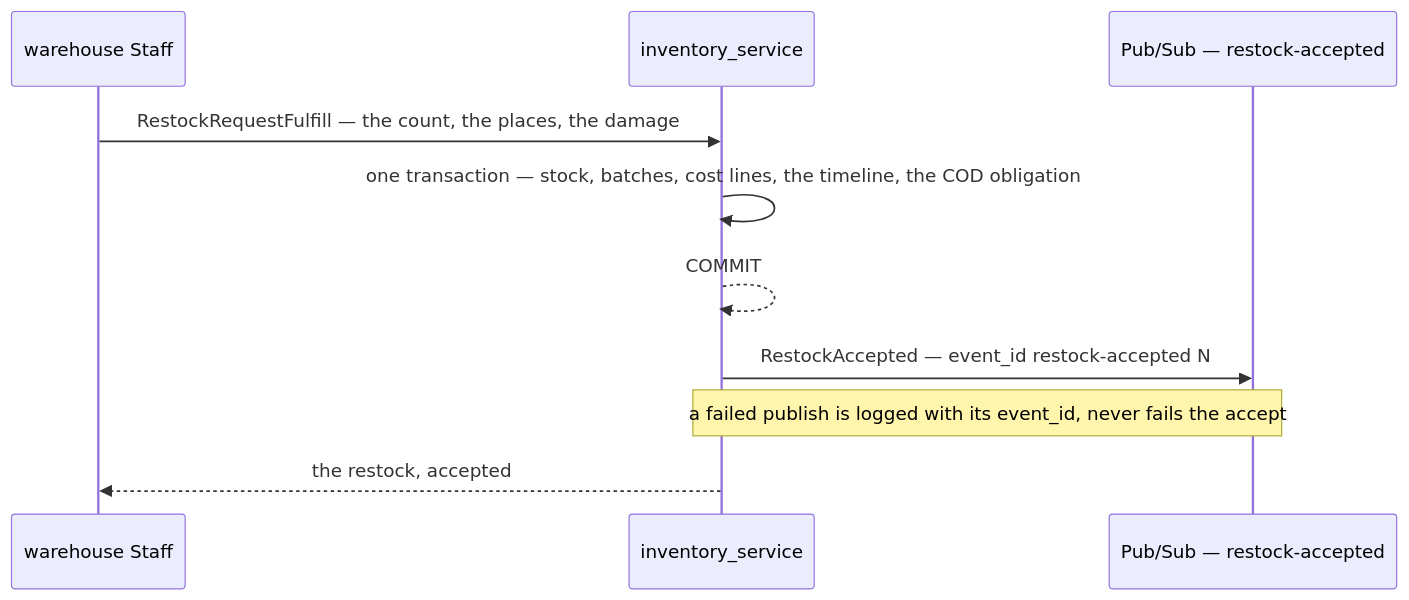
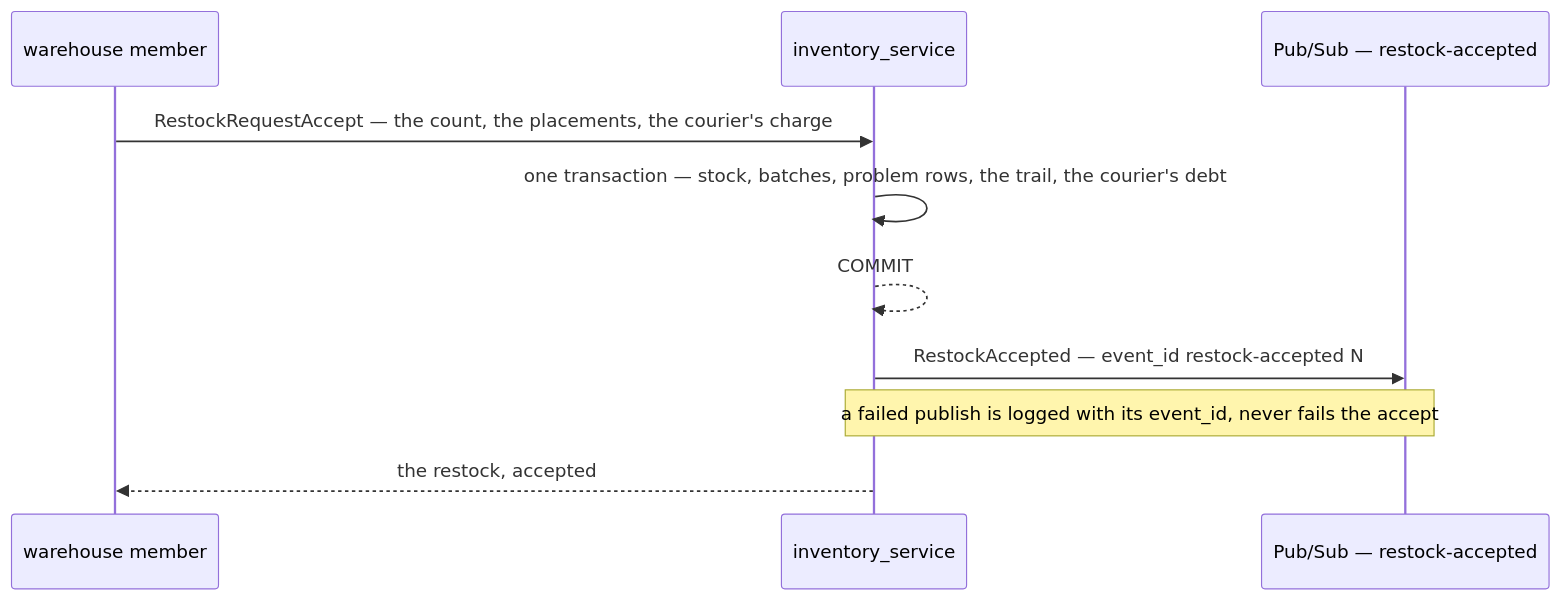
One commit to pdcgo/warehouse_revamp changed diagram 12 of 12 in docs/services/inventory_service/rpc.md. Above: the diagram before and after it, drawn with Mermaid. The commit also changed other lines of this file and 145 other files, not shown here.

````diff
--- a/docs/services/inventory_service/rpc.md
+++ b/docs/services/inventory_service/rpc.md
@@ -759,12 +667,12 @@
 ```mermaid
 sequenceDiagram
-  participant W as warehouse Staff
+  participant W as warehouse member
   participant INV as inventory_service
   participant PS as Pub/Sub — restock-accepted
-  W->>INV: RestockRequestFulfill — the count, the places, the damage
-  INV->>INV: one transaction — stock, batches, cost lines, the timeline, the COD obligation
+  W->>INV: RestockRequestAccept — the count, the placements, the courier's charge
+  INV->>INV: one transaction — stock, batches, problem rows, the trail, the courier's debt
   INV-->>INV: COMMIT
   INV->>PS: RestockAccepted — event_id restock-accepted N
   Note over INV,PS: a failed publish is logged with its event_id, never fails the accept
   INV-->>W: the restock, accepted
 ```
````
